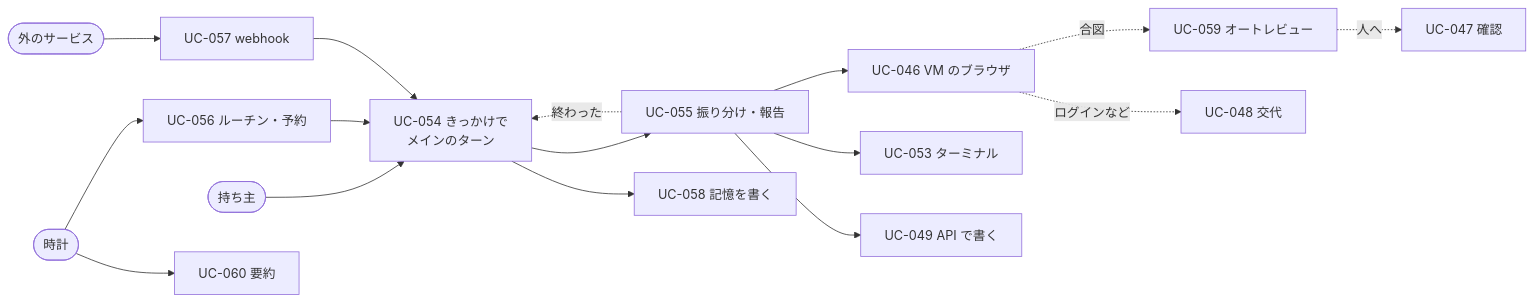
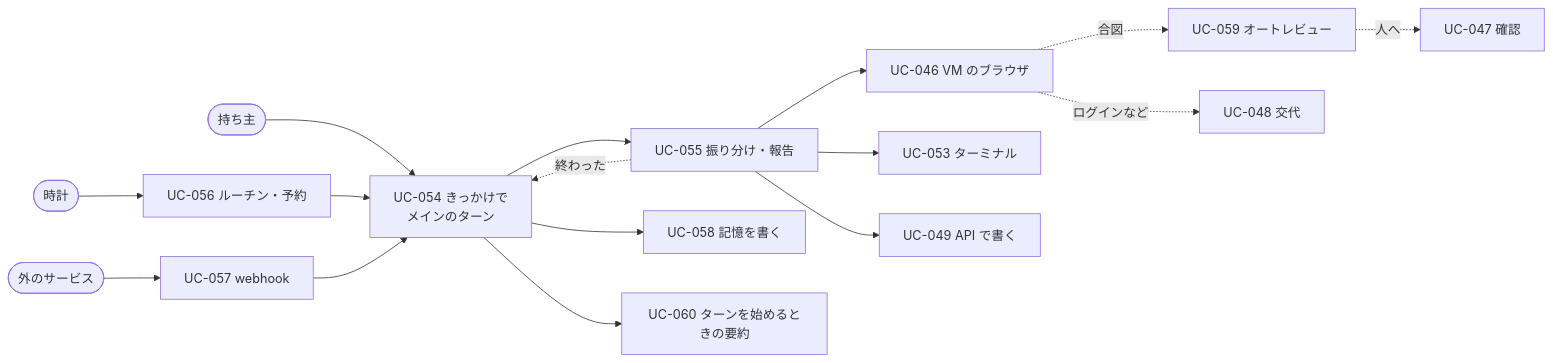
Before and after one commit to itiwoja/agent-team: the diagram in docs/design/03_use_cases.md, drawn with Mermaid. The commit also changed other lines of this file and 34 other files, not shown here.

````diff
--- a/docs/design/03_use_cases.md
+++ b/docs/design/03_use_cases.md
@@ -13,21 +13,21 @@
 ```mermaid
 flowchart LR
  O(["持ち主"])
  CLK(["時計"])
  X(["外のサービス"])
  O --> U54["UC-054 きっかけで<br/>メインのターン"]
  CLK --> U56["UC-056 ルーチン・予約"]
  X --> U57["UC-057 webhook"]
  U56 --> U54
  U57 --> U54
  U54 --> U55["UC-055 振り分け・報告"]
  U55 --> U46["UC-046 VM のブラウザ"]
  U55 --> U53["UC-053 ターミナル"]
  U55 --> U49["UC-049 API で書く"]
  U46 -.->|"合図"| U59["UC-059 オートレビュー"]
  U59 -.->|"人へ"| U47["UC-047 確認"]
  U46 -.->|"ログインなど"| U48["UC-048 交代"]
  U55 -.->|"終わった"| U54
  U54 --> U58["UC-058 記憶を書く"]
- CLK --> U60["UC-060 要約"]
+ U54 --> U60["UC-060 ターンを始めるときの要約"]
 ```
````
